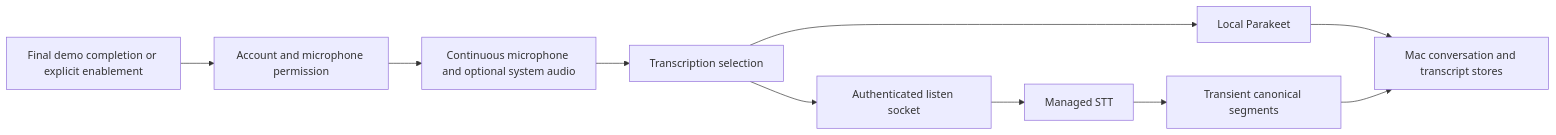
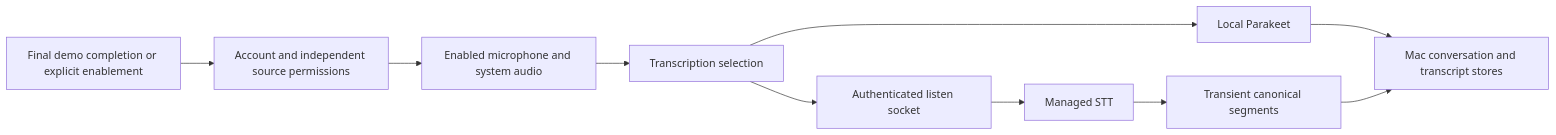
The diagram in openwiki/codebase/workflows/capture-transcription.md (sruj75/knowledge-athlete), drawn with Mermaid before and after one commit. The commit also changed other lines of this file and 637 other files, not shown here.

````diff
--- a/openwiki/codebase/workflows/capture-transcription.md
+++ b/openwiki/codebase/workflows/capture-transcription.md
@@ -110,12 +110,12 @@
 ```mermaid
 flowchart LR
-  Setup[Final demo completion or explicit enablement] --> Gate[Account and microphone permission]
-  Gate --> Audio[Continuous microphone and optional system audio]
+  Setup[Final demo completion or explicit enablement] --> Gate[Account and independent source permissions]
+  Gate --> Audio[Enabled microphone and system audio]
   Audio --> Choice[Transcription selection]
   Choice --> Local[Local Parakeet]
   Choice --> Socket[Authenticated listen socket]
   Socket --> Modulate[Managed STT]
   Local --> Archive[Mac conversation and transcript stores]
   Modulate --> Segments[Transient canonical segments]
   Segments --> Archive
 ```
````
